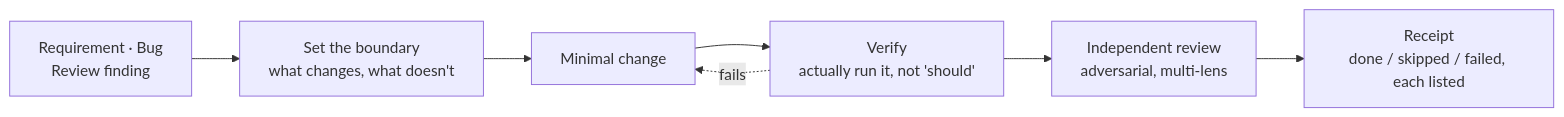
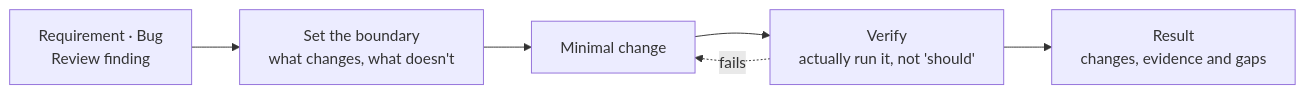
Before and after one commit to soia-team/soia-open-dev-skills: the diagram in README.en.md, drawn with Mermaid. The commit also changed other lines of this file and 25 other files, not shown here.

````diff
--- a/README.en.md
+++ b/README.en.md
@@ -29,9 +28,8 @@
 ```mermaid
 flowchart LR
     A["Requirement · Bug<br/>Review finding"] --> B["Set the boundary<br/>what changes, what doesn't"]
     B --> C["Minimal change"]
     C --> D["Verify<br/>actually run it, not 'should'"]
-    D --> E["Independent review<br/>adversarial, multi-lens"]
-    E --> F["Receipt<br/>done / skipped / failed, each listed"]
+    D --> E["Result<br/>changes, evidence and gaps"]
     D -.fails.-> C
 ```
````
